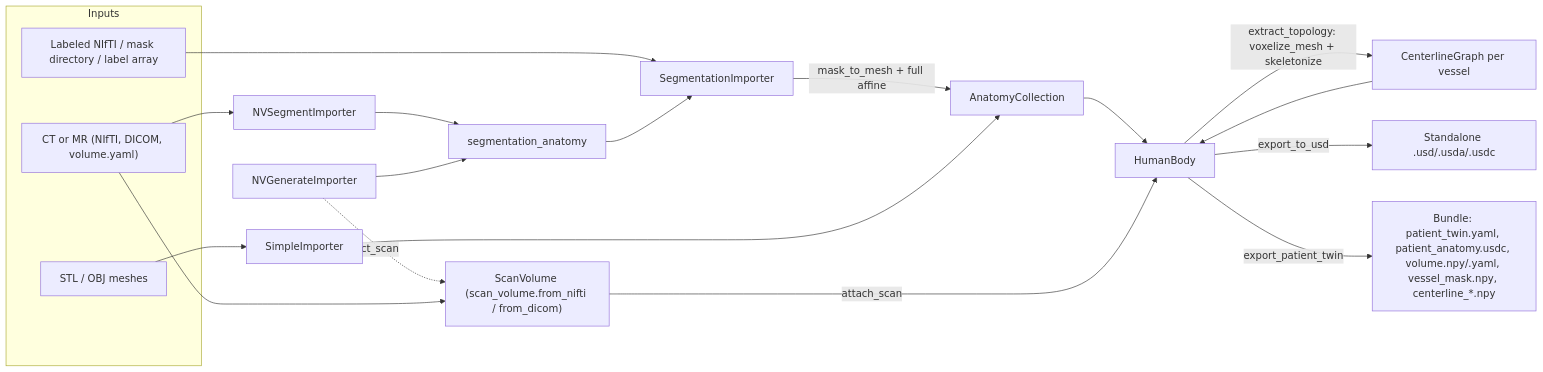
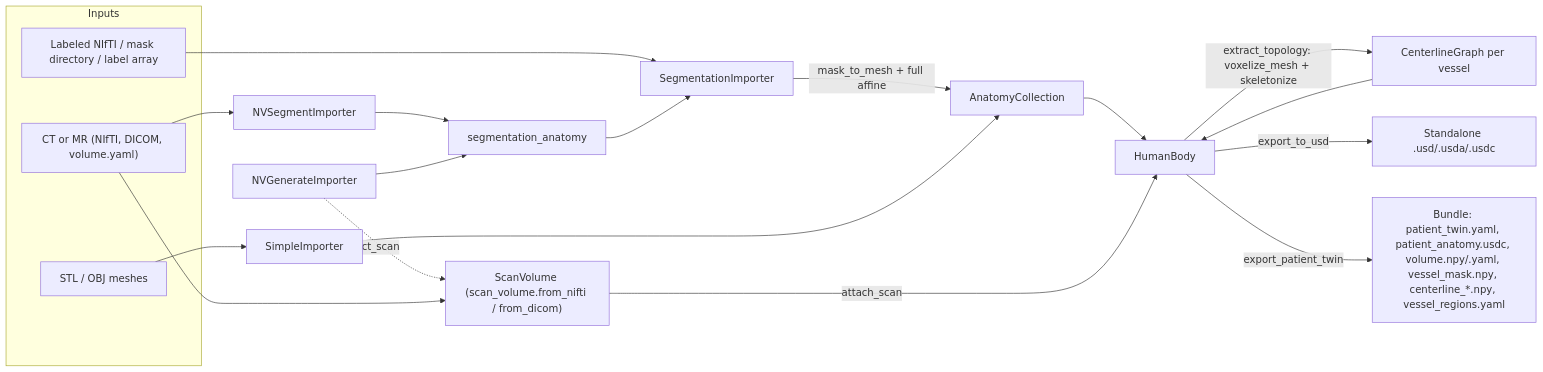
Before and after one commit to isaac-for-healthcare/i4h-digital-twin: the second of 2 diagrams in patient-digital-twin/docs/architecture.md, drawn with Mermaid. The commit also changed other lines of this file and 13 other files, not shown here.

````diff
--- a/patient-digital-twin/docs/architecture.md
+++ b/patient-digital-twin/docs/architecture.md
@@ -100,21 +102,21 @@
 ```mermaid
 flowchart LR
     subgraph Inputs
         L["Labeled NIfTI / mask directory / label array"]
         CT["CT or MR (NIfTI, DICOM, volume.yaml)"]
         M["STL / OBJ meshes"]
     end
     L --> SI["SegmentationImporter"]
     CT --> NS["NVSegmentImporter"] --> SA["segmentation_anatomy"] --> SI
     NG["NVGenerateImporter"] --> SA
     NG -. "ct_scan" .-> SV
     M --> SM["SimpleImporter"]
     SI -- "mask_to_mesh + full affine" --> AC["AnatomyCollection"]
     SM --> AC
     AC --> HB["HumanBody"]
     CT --> SV["ScanVolume (scan_volume.from_nifti / from_dicom)"] -- "attach_scan" --> HB
     HB -- "extract_topology: voxelize_mesh + skeletonize" --> CL["CenterlineGraph per vessel"]
     CL --> HB
     HB -- "export_to_usd" --> USD["Standalone .usd/.usda/.usdc"]
-    HB -- "export_patient_twin" --> B["Bundle: patient_twin.yaml, patient_anatomy.usdc, volume.npy/.yaml, vessel_mask.npy, centerline_*.npy"]
+    HB -- "export_patient_twin" --> B["Bundle: patient_twin.yaml, patient_anatomy.usdc, volume.npy/.yaml, vessel_mask.npy, centerline_*.npy, vessel_regions.yaml"]
 ```
````
